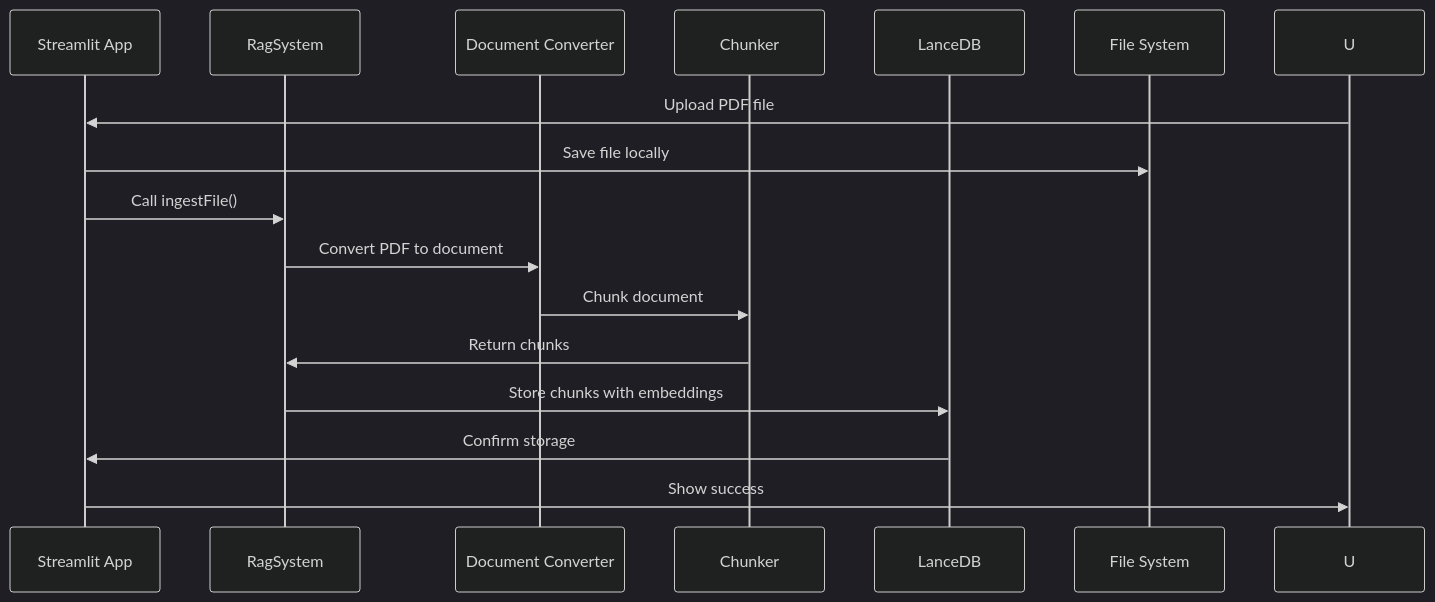
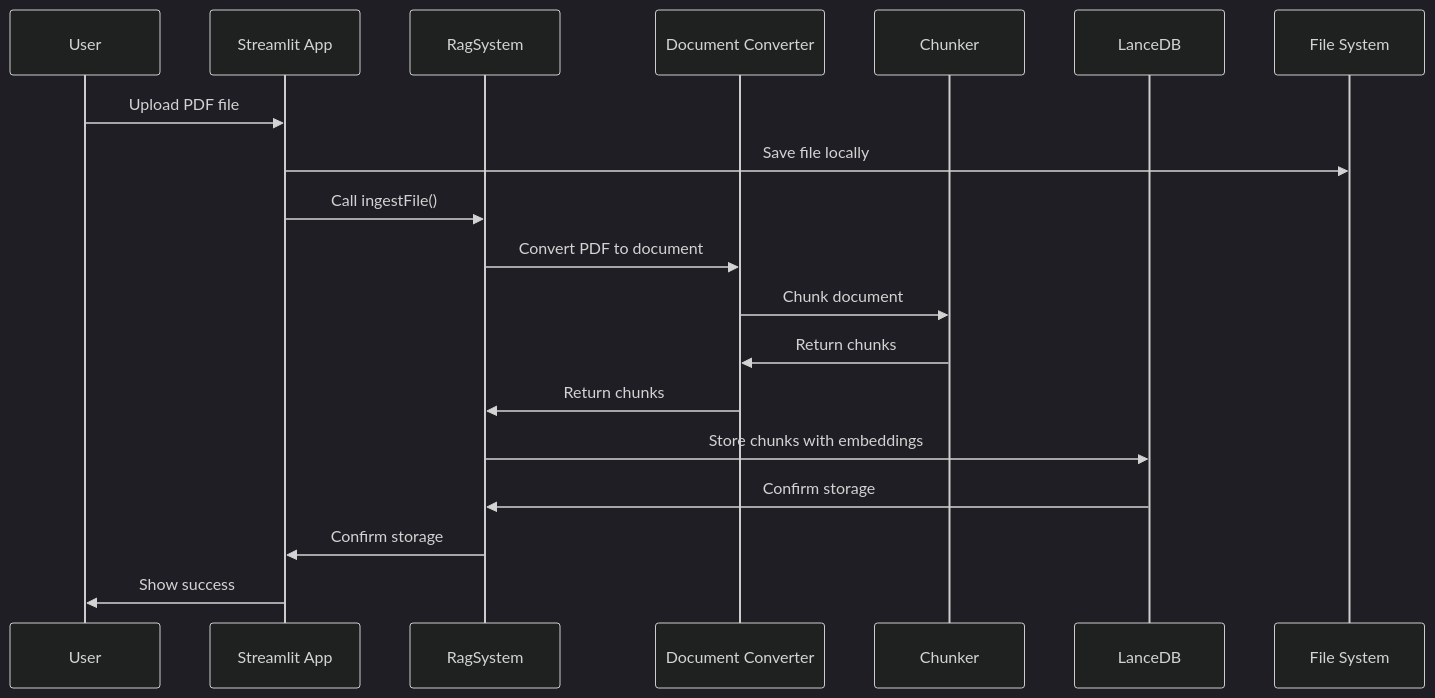
The second of 3 diagrams in RAG-MultiPDF/readme.md (amitguptaforwork/genai_portfolio_projects), drawn with Mermaid before and after one commit.

Commit message:
Updated Sequence Diagram

````diff
--- a/RAG-MultiPDF/readme.md
+++ b/RAG-MultiPDF/readme.md
@@ -109,29 +109,32 @@
 ```mermaid
 ---
 config:
   theme: redux-dark-color
   
 ---
 sequenceDiagram
 
+    participant U as User
     participant S as Streamlit App
     participant R as RagSystem
     participant D as Document Converter
     participant C as Chunker
     participant L as LanceDB
     participant F as File System
     
     U->>S: Upload PDF file
     S->>F: Save file locally
     S->>R: Call ingestFile()
     R->>D: Convert PDF to document
     D->>C: Chunk document
-    C->>R: Return chunks
+    C->>D: Return chunks
+    D->>R: Return chunks
     R->>L: Store chunks with embeddings
-    L->>S: Confirm storage
+    L->>R: Confirm storage
+    R->>S: Confirm storage
     S->>U: Show success 
 
 %%{init:{'theme':'dark'}}%%
-%%{init:{'themeCSS':'g:nth-of-type(3) rect.actor { fill: #65631b; } g:nth-of-type(10) rect.actor { fill: #65631b; }g:nth-of-type(7) rect.actor { fill: #1F85DE; } g:nth-of-type(14) rect.actor { fill: #1F85DE; }'}}%%
+%%{init:{'themeCSS':'g:nth-of-type(2) rect.actor { fill: #65631b; } g:nth-of-type(9) rect.actor { fill: #65631b; }g:nth-of-type(6) rect.actor { fill: #1F85DE; } g:nth-of-type(13) rect.actor { fill: #1F85DE; }'}}%%
 
 ```
````
